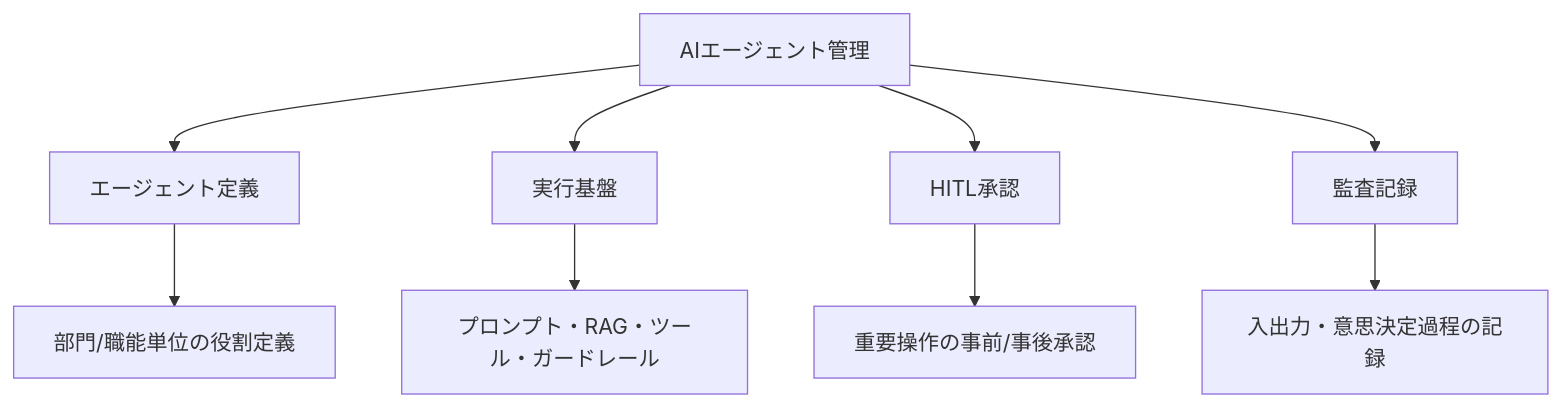
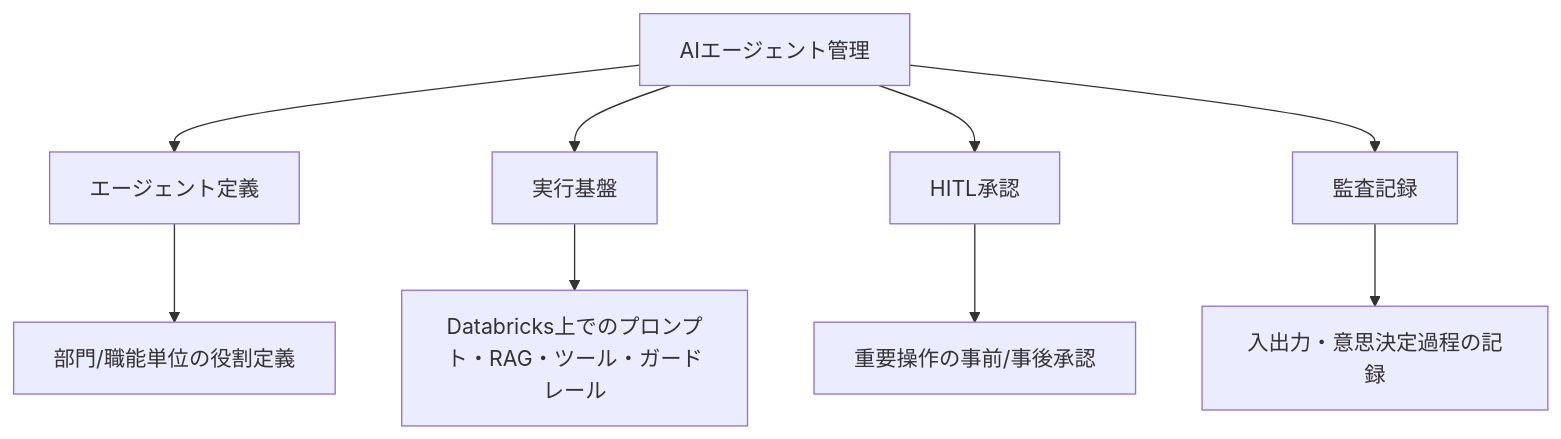
One commit to daichiTAAA/AgentOpsPlatform changed diagram 16 of 34 in docs/02000_要件定義/02100_要件定義書.md. Above: the diagram before and after it, drawn with Mermaid. The commit also changed other lines of this file, not shown here.

````diff
--- a/docs/02000_要件定義/02100_要件定義書.md
+++ b/docs/02000_要件定義/02100_要件定義書.md
@@ -385,12 +620,12 @@
 ```mermaid
 graph TD
     A[AIエージェント管理] --> B[エージェント定義]
     A --> C[実行基盤]
     A --> D[HITL承認]
     A --> E[監査記録]
     
     B --> B1[部門/職能単位の役割定義]
-    C --> C1[プロンプト・RAG・ツール・ガードレール]
+    C --> C1[Databricks上でのプロンプト・RAG・ツール・ガードレール]
     D --> D1[重要操作の事前/事後承認]
     E --> E1[入出力・意思決定過程の記録]
 ```
````
